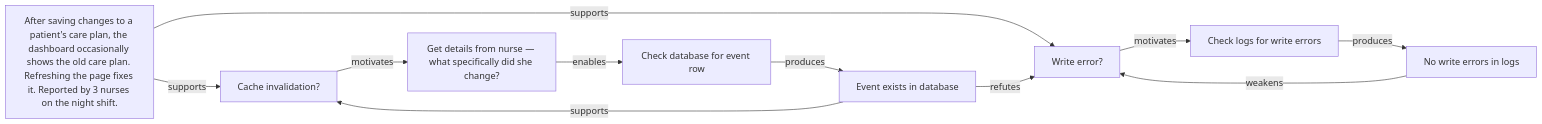
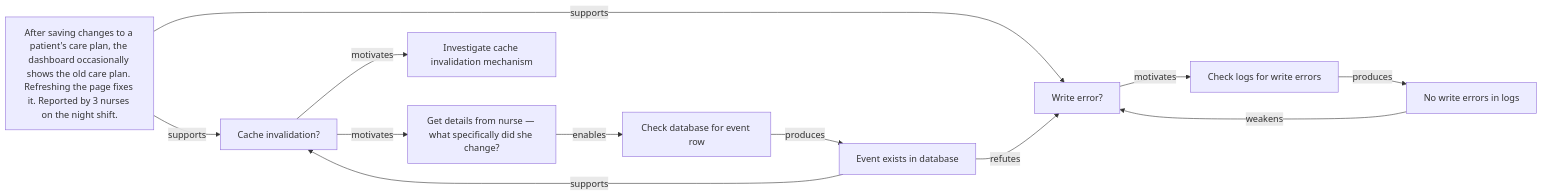
The diagram in diagrams/bug.mmd (kahunacohen/why), drawn with Mermaid before and after one commit.

```diff
--- a/diagrams/bug.mmd
+++ b/diagrams/bug.mmd
@@ -1,52 +1,55 @@
 %% Bug report: After saving changes to a patient's care plan, the dashboard occasionally shows the old care plan. Refreshing the page fixes it. Reported by 3 nurses on the night shift.
 %% Root cause: The care plan save endpoint updates a care_plan_notes table but doesn't touch the main care_plans record. The cache invalidation job checks care_plans.updated_at to decide what to evict. Since that timestamp never changes, the job skips it, and the cache keeps
 %% serving the old care plan.
 
 flowchart LR
 
 %% =====================================================
 %% Initial complaint
 %% =====================================================
 
 B1["After saving changes to a patient's care plan, the dashboard occasionally shows the old care plan. Refreshing the page fixes it. Reported by 3 nurses on the night shift."]
 
 %% =====================================================
 %% Initial hypotheses
 %% =====================================================
 
 H1["Write error?"]
 H2["Cache invalidation?"]
 
 B1 -->|supports| H1
 B1 -->|supports| H2
 
 %% =====================================================
 %% Investigating H1 — write error
 %% =====================================================
 
 A1["Check logs for write errors"]
 H1 -->|motivates| A1
 
 O1["No write errors in logs"]
 A1 -->|produces| O1
 O1 -->|weakens| H1
 
 %% =====================================================
 %% Investigating H2 — cache invalidation
 %% =====================================================
 
 A2["Get details from nurse — what specifically did she change?"]
 H2 -->|motivates| A2
 
 A3["Check database for event row"]
 A2 -->|enables| A3
 
 O2["Event exists in database"]
 A3 -->|produces| O2
 
 %% =====================================================
 %% Evidence updates hypotheses
 %% =====================================================
 
 O2 -->|refutes| H1
 O2 -->|supports| H2
+
+A4["Investigate cache invalidation mechanism"]
+H2 --> |motivates| A4
```
